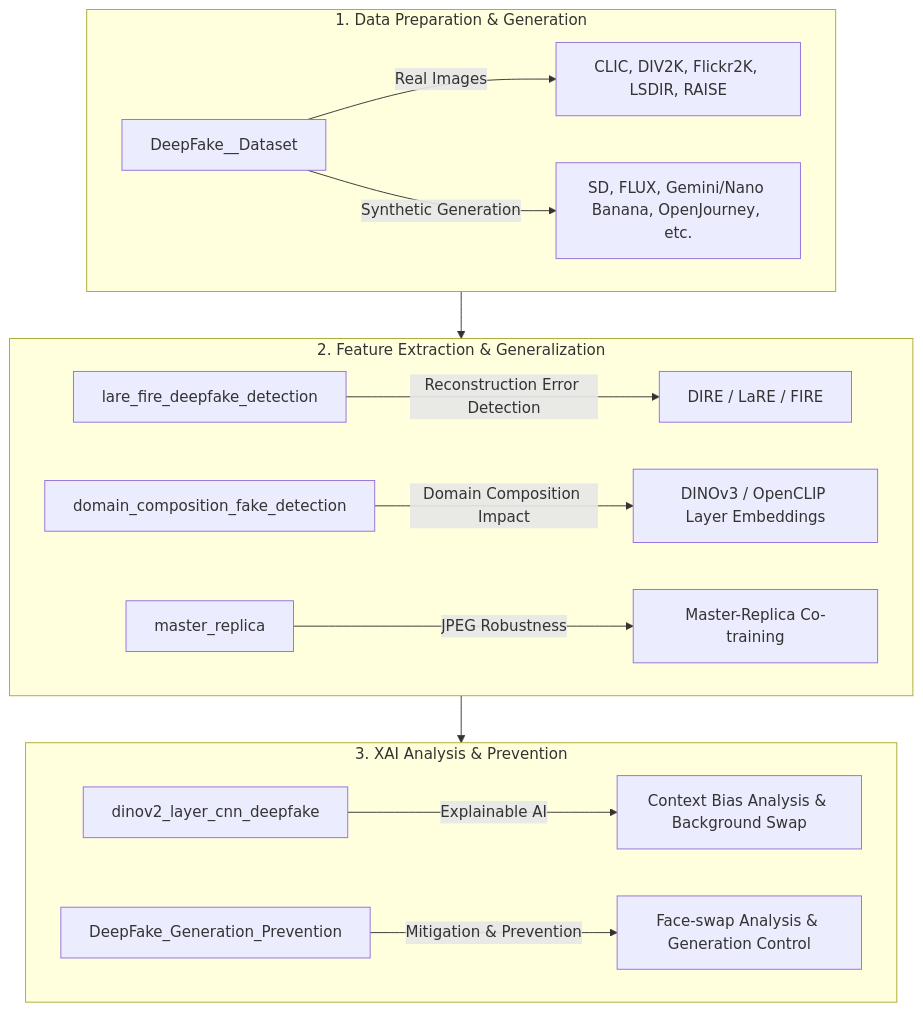
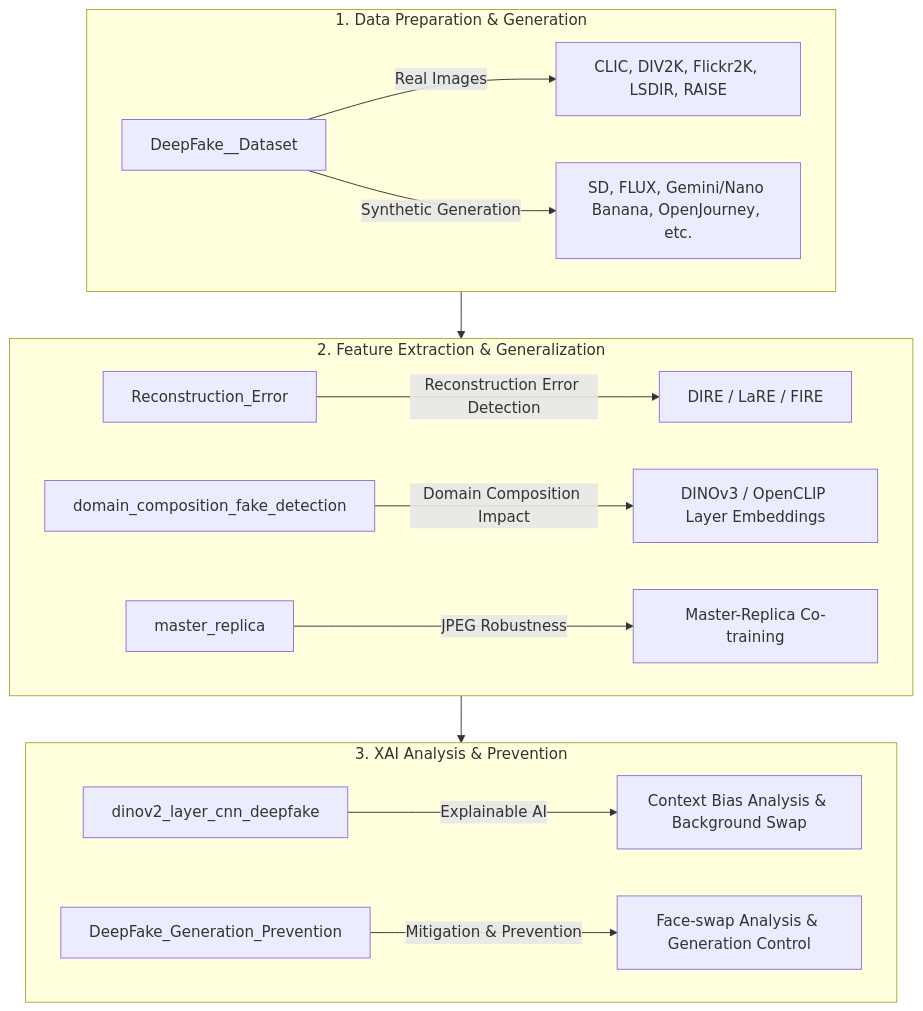
Before and after one commit to Fate-0527/DeepFake_Image_Detection: the diagram in README.md, drawn with Mermaid. The commit also changed other lines of this file and 1 other file, not shown here.

Commit message:
docs: Update index repository links to Reconstruction_Error

````diff
--- a/README.md
+++ b/README.md
@@ -71,21 +71,21 @@
 ```mermaid
 flowchart TD
     subgraph DataPrep [1. Data Preparation & Generation]
         A[DeepFake__Dataset] -->|Real Images| B[CLIC, DIV2K, Flickr2K, LSDIR, RAISE]
         A -->|Synthetic Generation| C[SD, FLUX, Gemini/Nano Banana, OpenJourney, etc.]
     end
 
     subgraph FeatureExtract [2. Feature Extraction & Generalization]
-        D[lare_fire_deepfake_detection] -->|Reconstruction Error Detection| E[DIRE / LaRE / FIRE]
+        D[Reconstruction_Error] -->|Reconstruction Error Detection| E[DIRE / LaRE / FIRE]
         F[domain_composition_fake_detection] -->|Domain Composition Impact| G[DINOv3 / OpenCLIP Layer Embeddings]
         H[master_replica] -->|JPEG Robustness| I[Master-Replica Co-training]
     end
 
     subgraph Analysis [3. XAI Analysis & Prevention]
         J[dinov2_layer_cnn_deepfake] -->|Explainable AI| K[Context Bias Analysis & Background Swap]
         L[DeepFake_Generation_Prevention] -->|Mitigation & Prevention| M[Face-swap Analysis & Generation Control]
     end
 
     DataPrep --> FeatureExtract
     FeatureExtract --> Analysis
 ```
````
